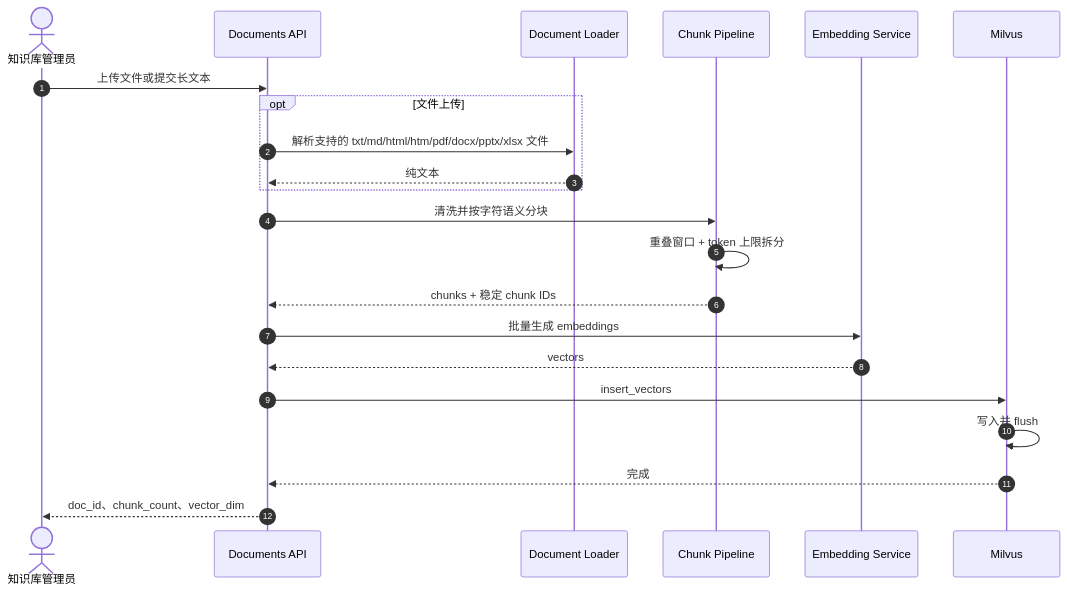
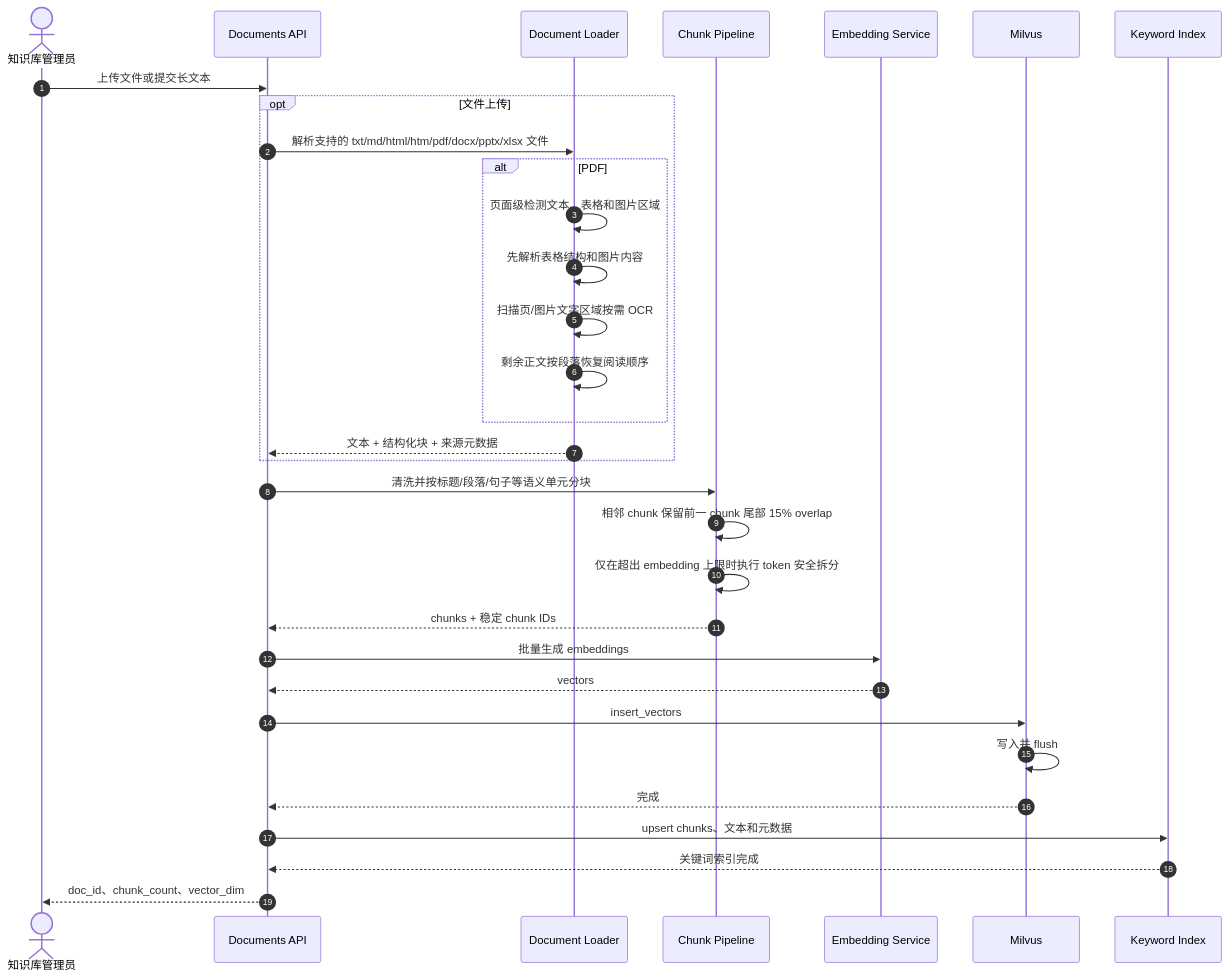
The sixth of 11 diagrams in docs/overall-design.md (wangyang-777/Multi-Agent-Business-Travel-Assistant-System), drawn with Mermaid before and after one commit. The commit also changed other lines of this file and 36 other files, not shown here.

````diff
--- a/docs/overall-design.md
+++ b/docs/overall-design.md
@@ -370,25 +408,35 @@
 ```mermaid
 sequenceDiagram
     autonumber
     actor Admin as 知识库管理员
     participant API as Documents API
     participant Loader as Document Loader
     participant ETL as Chunk Pipeline
     participant Embed as Embedding Service
     participant Milvus as Milvus
+    participant Keyword as Keyword Index
 
     Admin->>API: 上传文件或提交长文本
     opt 文件上传
         API->>Loader: 解析支持的 txt/md/html/htm/pdf/docx/pptx/xlsx 文件
-        Loader-->>API: 纯文本
+        alt PDF
+            Loader->>Loader: 页面级检测文本、表格和图片区域
+            Loader->>Loader: 先解析表格结构和图片内容
+            Loader->>Loader: 扫描页/图片文字区域按需 OCR
+            Loader->>Loader: 剩余正文按段落恢复阅读顺序
+        end
+        Loader-->>API: 文本 + 结构化块 + 来源元数据
     end
-    API->>ETL: 清洗并按字符语义分块
-    ETL->>ETL: 重叠窗口 + token 上限拆分
+    API->>ETL: 清洗并按标题/段落/句子等语义单元分块
+    ETL->>ETL: 相邻 chunk 保留前一 chunk 尾部 15% overlap
+    ETL->>ETL: 仅在超出 embedding 上限时执行 token 安全拆分
     ETL-->>API: chunks + 稳定 chunk IDs
     API->>Embed: 批量生成 embeddings
     Embed-->>API: vectors
     API->>Milvus: insert_vectors
     Milvus->>Milvus: 写入并 flush
     Milvus-->>API: 完成
+    API->>Keyword: upsert chunks、文本和元数据
+    Keyword-->>API: 关键词索引完成
     API-->>Admin: doc_id、chunk_count、vector_dim
 ```
````
